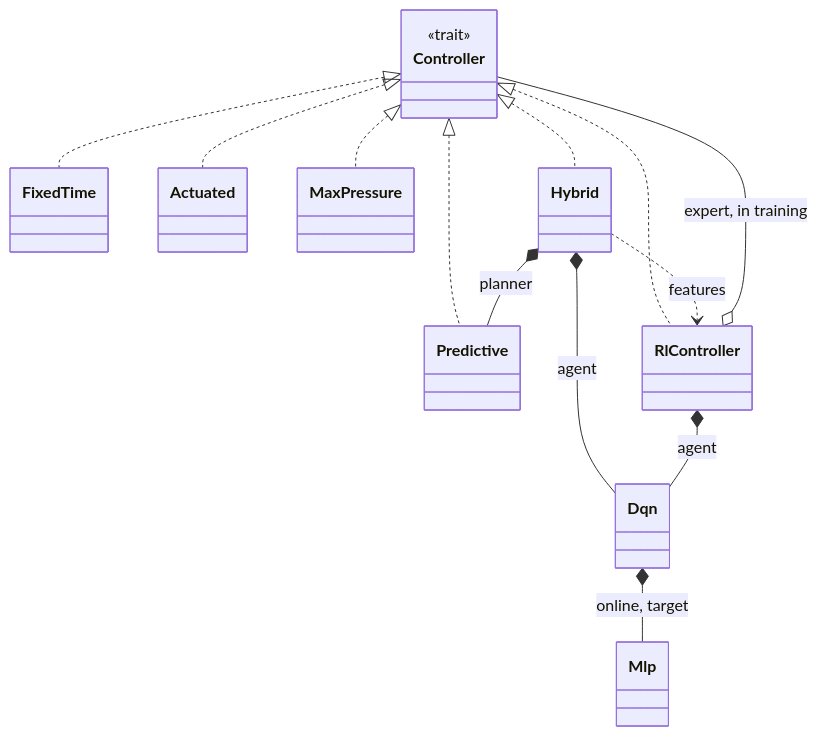
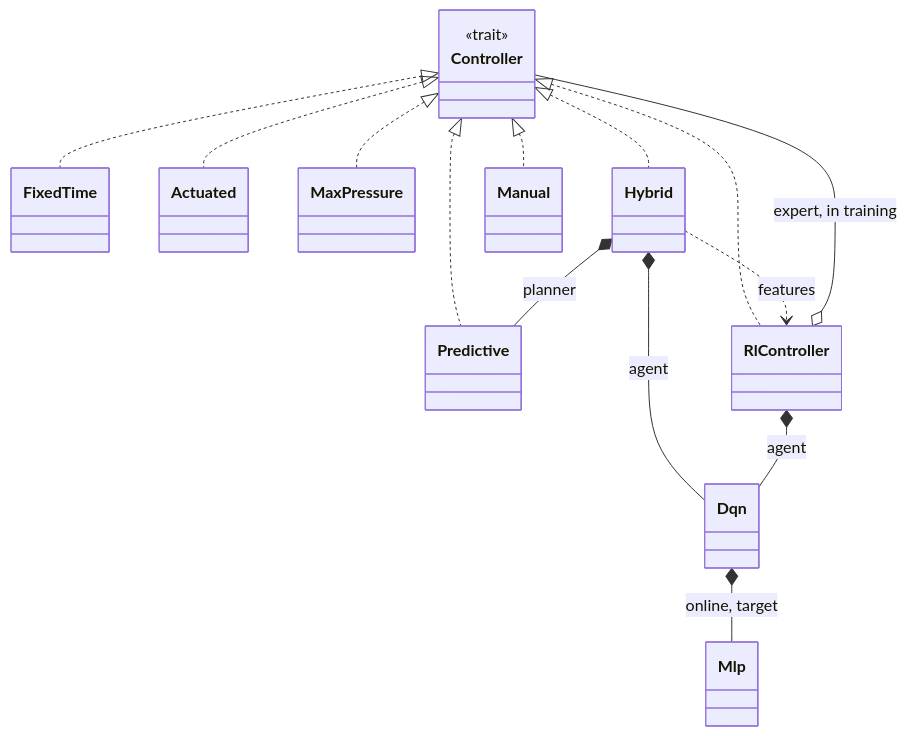
One commit to schreck61/intersection-lab changed diagram 15 of 22 in docs/architecture.md. Above: the diagram before and after it, drawn with Mermaid. The commit also changed other lines of this file and 18 other files, not shown here.

````diff
--- a/docs/architecture.md
+++ b/docs/architecture.md
@@ -1586,18 +1598,19 @@
 ```mermaid
 classDiagram
     class Controller {
         <<trait>>
     }
     Controller <|.. FixedTime
     Controller <|.. Actuated
     Controller <|.. MaxPressure
     Controller <|.. Predictive
     Controller <|.. RlController
     Controller <|.. Hybrid
+    Controller <|.. Manual
     Hybrid *-- Predictive : planner
     Hybrid *-- Dqn : agent
     RlController *-- Dqn : agent
     RlController o-- Controller : expert, in training
     Hybrid ..> RlController : features
     Dqn *-- Mlp : online, target
 ```
````
